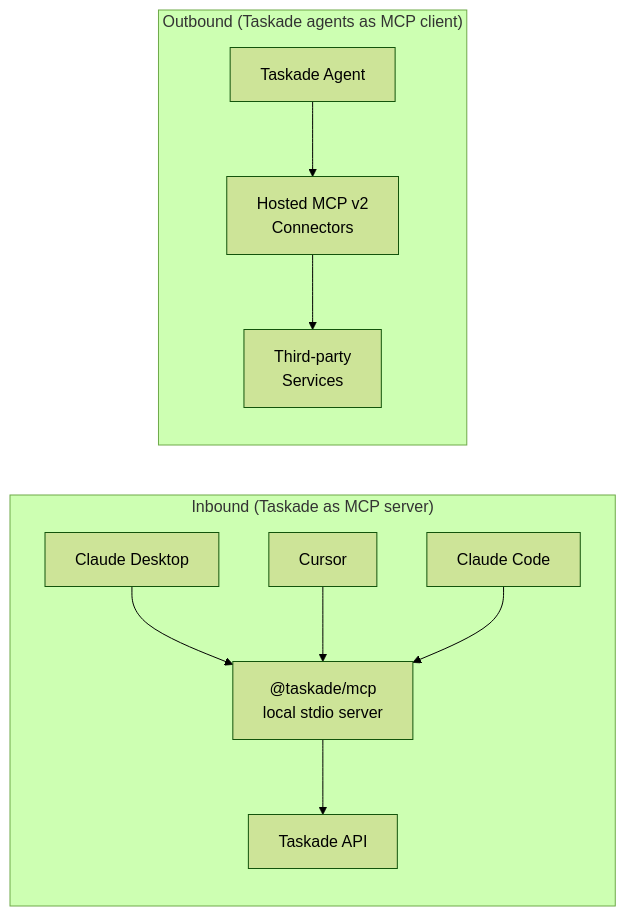
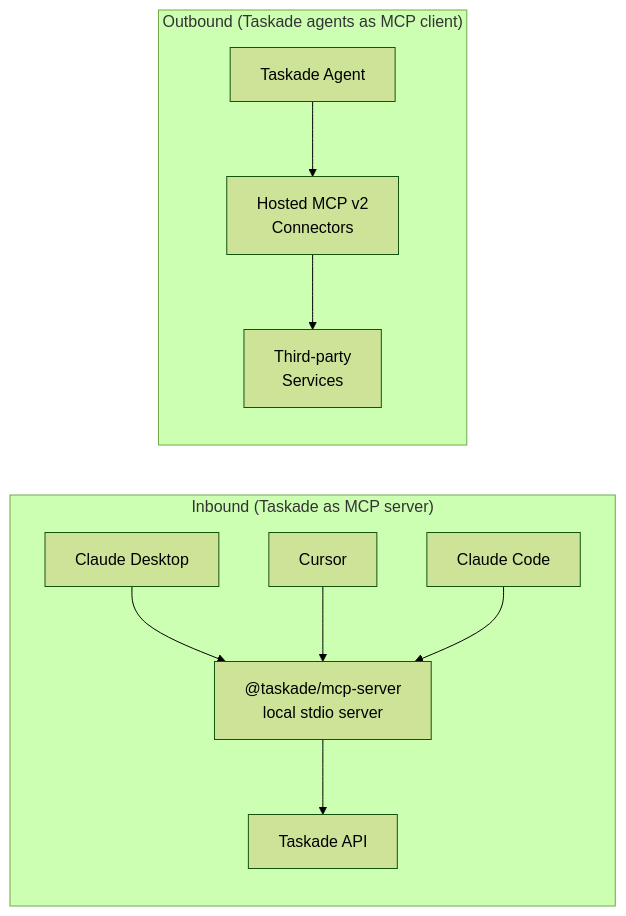
Before and after one commit to taskade/docs: the diagram in apis-living-system-development/workspace-mcp-advanced.md, drawn with Mermaid (forest theme). The commit also changed other lines of this file and 14 other files, not shown here.

````diff
--- a/apis-living-system-development/workspace-mcp-advanced.md
+++ b/apis-living-system-development/workspace-mcp-advanced.md
@@ -29,23 +29,23 @@
 ```mermaid
 graph LR
     subgraph "Inbound (Taskade as MCP server)"
         direction TB
         CLIENT1[Claude Desktop]
         CLIENT2[Cursor]
         CLIENT3[Claude Code]
-        MCP_LOCAL["@taskade/mcp<br/>local stdio server"]
+        MCP_LOCAL["@taskade/mcp-server<br/>local stdio server"]
         CLIENT1 --> MCP_LOCAL
         CLIENT2 --> MCP_LOCAL
         CLIENT3 --> MCP_LOCAL
         MCP_LOCAL --> TASKADE_API[Taskade API]
     end
 
     subgraph "Outbound (Taskade agents as MCP client)"
         direction TB
         AGENT[Taskade Agent]
         HOSTED[Hosted MCP v2<br/>Connectors]
         EXTERNAL[Third-party<br/>Services]
         AGENT --> HOSTED
         HOSTED --> EXTERNAL
     end
 ```
````
